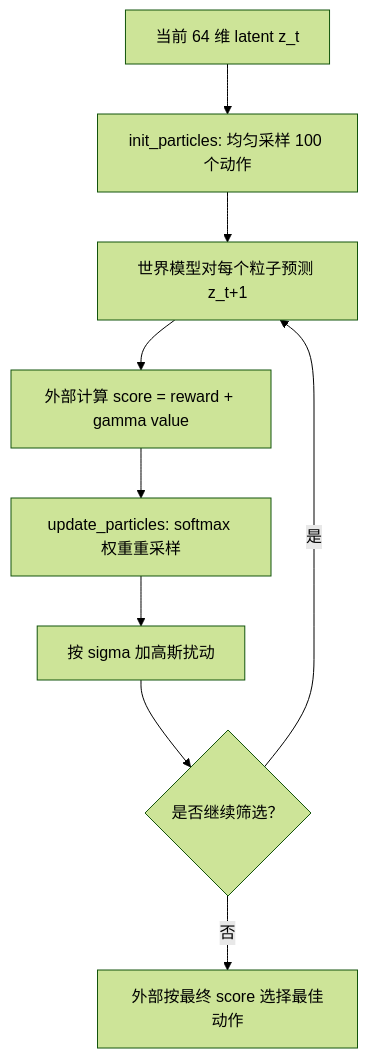
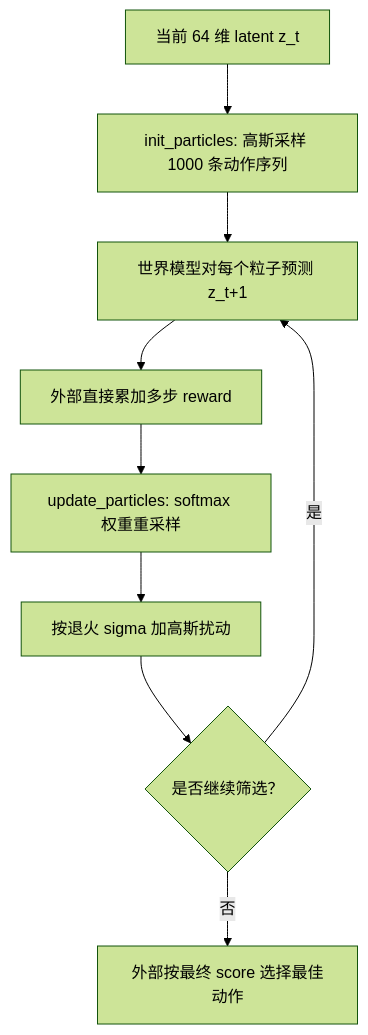
Before and after one commit to IBNBlank/piece_of_wm: the diagram in utils/PARTICLE_POLICY.md, drawn with Mermaid (forest theme). The commit also changed other lines of this file and 31 other files, not shown here.

````diff
--- a/utils/PARTICLE_POLICY.md
+++ b/utils/PARTICLE_POLICY.md
@@ -12,11 +21,11 @@
 ```mermaid
 flowchart TD
-    Z[当前 64 维 latent z_t] --> I[init_particles: 均匀采样 100 个动作]
+    Z[当前 64 维 latent z_t] --> I[init_particles: 高斯采样 1000 条动作序列]
     I --> M[世界模型对每个粒子预测 z_t+1]
-    M --> S[外部计算 score = reward + gamma value]
+    M --> S[外部直接累加多步 reward]
     S --> U[update_particles: softmax 权重重采样]
-    U --> N[按 sigma 加高斯扰动]
+    U --> N[按退火 sigma 加高斯扰动]
     N --> D{是否继续筛选？}
     D -->|是| M
     D -->|否| B[外部按最终 score 选择最佳动作]
 ```
````
